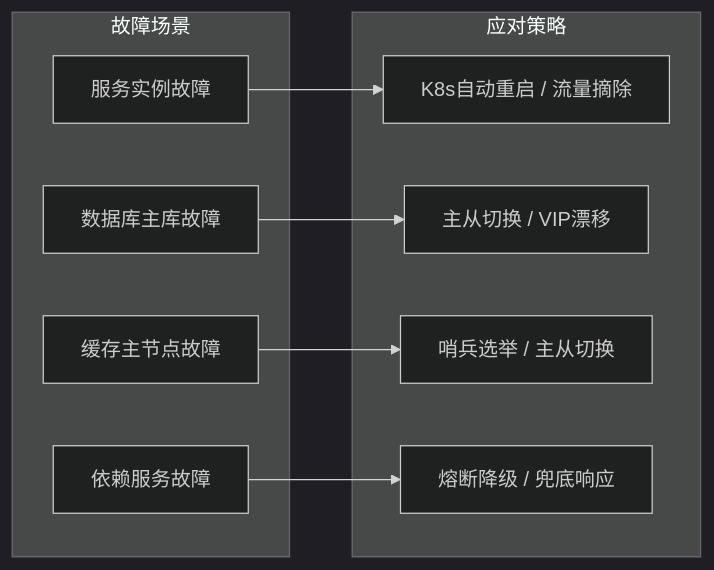
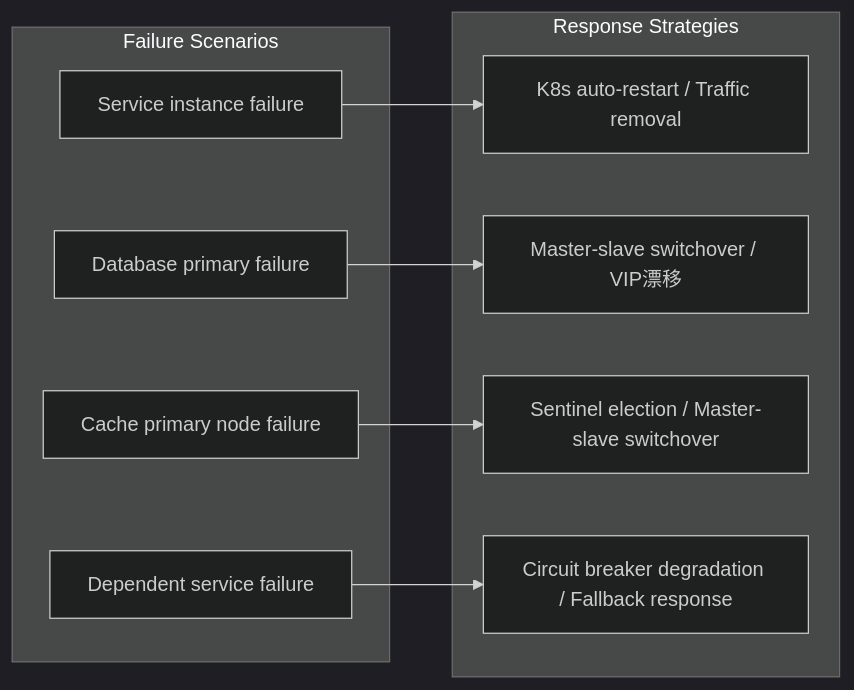
Before and after one commit to Kirky-X/cangjie: diagram 15 of 15 in templates/产品/技术层/【模板】架构设计文档.md, drawn with Mermaid (dark theme). The commit also changed other lines of this file and 60 other files, not shown here.

````diff
--- a/templates/产品/技术层/【模板】架构设计文档.md
+++ b/templates/产品/技术层/【模板】架构设计文档.md
@@ -691,21 +691,21 @@
 ```mermaid
 flowchart LR
-    subgraph 故障场景
-        F1[服务实例故障]
-        F2[数据库主库故障]
-        F3[缓存主节点故障]
-        F4[依赖服务故障]
+    subgraph Failure Scenarios
+        F1[Service instance failure]
+        F2[Database primary failure]
+        F3[Cache primary node failure]
+        F4[Dependent service failure]
     end
 
-    subgraph 应对策略
-        S1[K8s自动重启 / 流量摘除]
-        S2[主从切换 / VIP漂移]
-        S3[哨兵选举 / 主从切换]
-        S4[熔断降级 / 兜底响应]
+    subgraph Response Strategies
+        S1[K8s auto-restart / Traffic removal]
+        S2[Master-slave switchover / VIP漂移]
+        S3[Sentinel election / Master-slave switchover]
+        S4[Circuit breaker degradation / Fallback response]
     end
 
     F1 --> S1
     F2 --> S2
     F3 --> S3
     F4 --> S4
 ```
````
